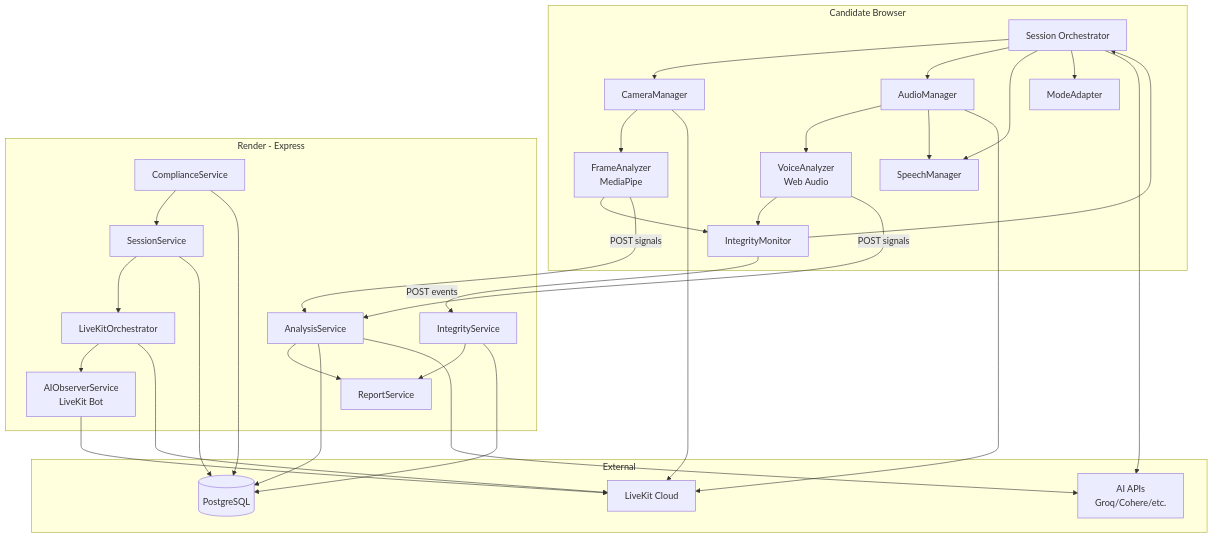
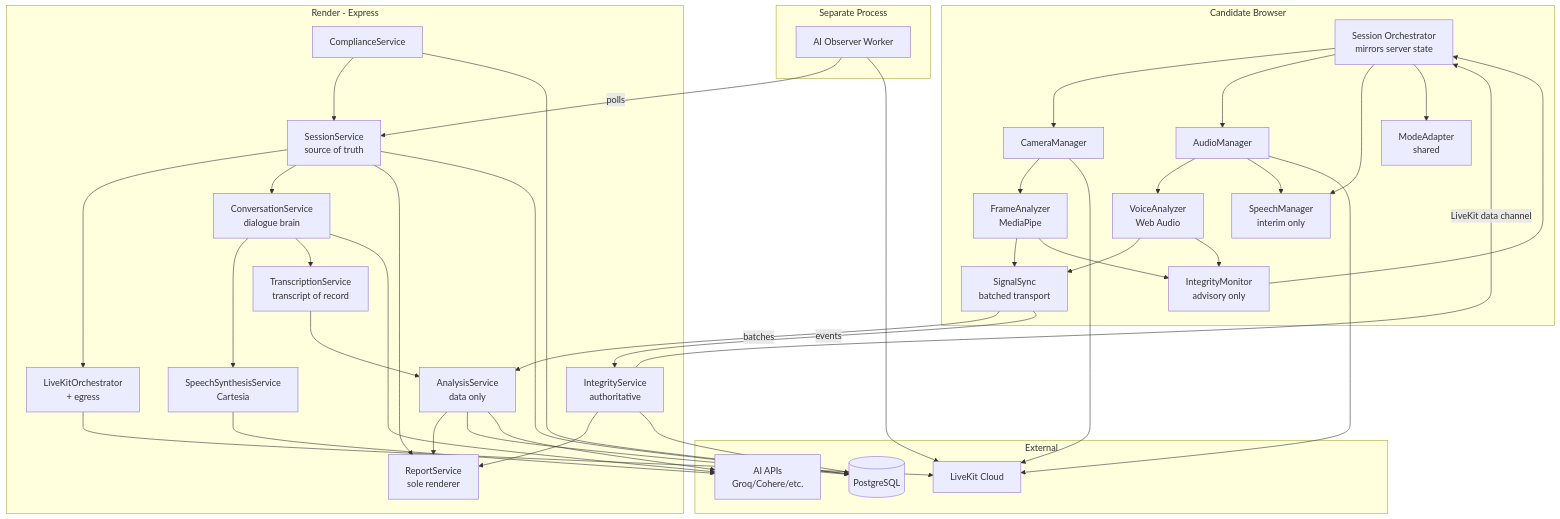
The first of 2 diagrams in docs/sdlc/rekrut-ai-v2/03-solutioning/unified-interview-engine/architecture.md (sumanthrangausa-06/Rekrut_AI_v2), drawn with Mermaid before and after one commit. The commit also changed other lines of this file, not shown here.

First line of the commit message:
docs: Architecture v2 — Rex's specialist-reviewed version

````diff
--- a/docs/sdlc/rekrut-ai-v2/03-solutioning/unified-interview-engine/architecture.md
+++ b/docs/sdlc/rekrut-ai-v2/03-solutioning/unified-interview-engine/architecture.md
@@ -202,60 +303,75 @@
 ```mermaid
 graph TD
     subgraph Client["Candidate Browser"]
-        SO[Session Orchestrator]
+        SO[Session Orchestrator<br/>mirrors server state]
         CM[CameraManager]
         AM[AudioManager]
-        SM[SpeechManager]
+        SM[SpeechManager<br/>interim only]
         FA[FrameAnalyzer<br/>MediaPipe]
         VA[VoiceAnalyzer<br/>Web Audio]
-        IM[IntegrityMonitor]
-        MA[ModeAdapter]
-        
+        IM[IntegrityMonitor<br/>advisory only]
+        MA[ModeAdapter<br/>shared]
+        SS2[SignalSync<br/>batched transport]
+
         SO --> CM
         SO --> AM
         SO --> SM
         SO --> MA
         CM --> FA
         AM --> VA
         AM --> SM
+        FA --> SS2
+        VA --> SS2
         FA --> IM
         VA --> IM
         IM --> SO
     end
-    
+
     subgraph Server["Render - Express"]
-        SS[SessionService]
-        LK[LiveKitOrchestrator]
-        AO[AIObserverService<br/>LiveKit Bot]
-        AS[AnalysisService]
-        IS[IntegrityService]
+        SES[SessionService<br/>source of truth]
+        LK[LiveKitOrchestrator<br/>+ egress]
+        CONV[ConversationService<br/>dialogue brain]
+        TTS[SpeechSynthesisService<br/>Cartesia]
+        TRN[TranscriptionService<br/>transcript of record]
+        AS[AnalysisService<br/>data only]
+        IS[IntegrityService<br/>authoritative]
         CS[ComplianceService]
-        RS[ReportService]
-        
-        SS --> LK
-        LK --> AO
-        IM -->|POST events| IS
-        FA -->|POST signals| AS
-        VA -->|POST signals| AS
+        RS[ReportService<br/>sole renderer]
+
+        SES --> LK
+        SES --> CONV
+        CONV --> TTS
+        CONV --> TRN
+        SS2 -->|batches| AS
+        SS2 -->|events| IS
+        TRN --> AS
         AS --> RS
         IS --> RS
-        CS --> SS
+        SES --> RS
+        CS --> SES
+        IS -->|LiveKit data channel| SO
     end
-    
+
+    subgraph Worker["Separate Process"]
+        AOW[AI Observer Worker]
+        AOW -->|polls| SES
+    end
+
     subgraph External["External"]
         LKC[LiveKit Cloud]
         DB[(PostgreSQL)]
         AI[AI APIs<br/>Groq/Cohere/etc.]
     end
-    
+
     LK --> LKC
-    AO --> LKC
+    AOW --> LKC
     CM --> LKC
     AM --> LKC
-    SS --> DB
+    SES --> DB
     AS --> DB
     IS --> DB
     CS --> DB
+    CONV --> AI
     AS --> AI
-    SO --> AI
+    TTS --> AI
 ```
````
